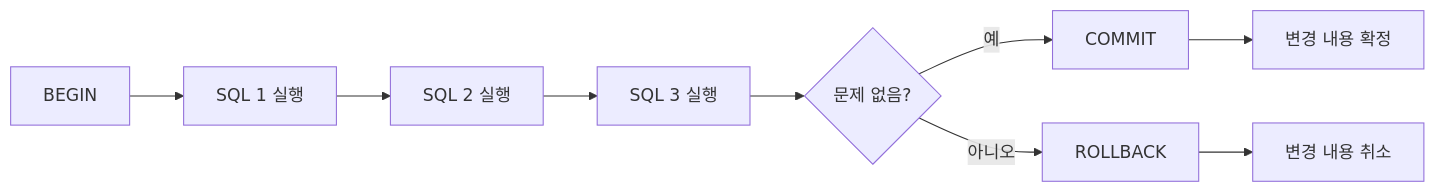
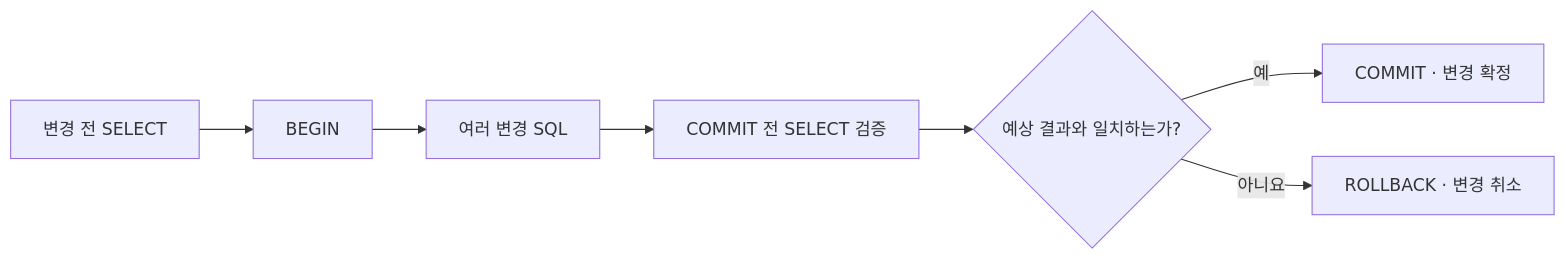
The diagram in images/chapter09/ch09_02_transaction_basic_flow.mmd (GilbertMoon/ai-database-book), drawn with Mermaid before and after one commit.

Commit message:
Simplify Chapter 09 transaction flow Mermaid

```diff
--- a/images/chapter09/ch09_02_transaction_basic_flow.mmd
+++ b/images/chapter09/ch09_02_transaction_basic_flow.mmd
@@ -1,11 +1,7 @@
 flowchart LR
-    A[BEGIN] --> B[SQL 1 실행]
-    B --> C[SQL 2 실행]
-    C --> D[SQL 3 실행]
-
-    D --> E{문제 없음?}
-    E -- 예 --> F[COMMIT]
-    E -- 아니오 --> G[ROLLBACK]
-
-    F --> H[변경 내용 확정]
-    G --> I[변경 내용 취소]
+    A[변경 전 SELECT] --> B[BEGIN]
+    B --> C[여러 변경 SQL]
+    C --> D[COMMIT 전 SELECT 검증]
+    D --> E{예상 결과와 일치하는가?}
+    E -- 예 --> F[COMMIT · 변경 확정]
+    E -- 아니요 --> G[ROLLBACK · 변경 취소]
```
